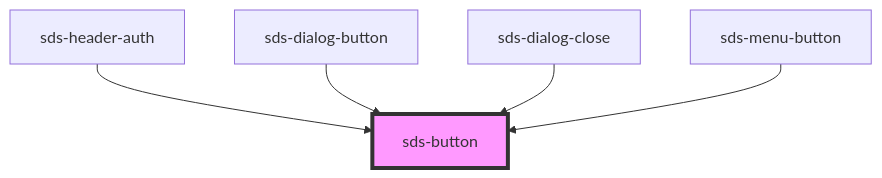
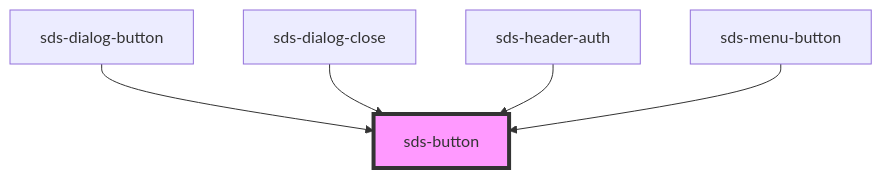
Before and after one commit to chodgesfigma/sds-mono: the diagram in packages/sds-web-components/src/ui/primitives/button/sds-button/readme.md, drawn with Mermaid. The commit also changed other lines of this file and 15 other files, not shown here.

Commit message:
feat: header/auth and other component adjustments

````diff
--- a/packages/sds-web-components/src/ui/primitives/button/sds-button/readme.md
+++ b/packages/sds-web-components/src/ui/primitives/button/sds-button/readme.md
@@ -28,8 +27,8 @@
 ```mermaid
 graph TD;
-  sds-header-auth --> sds-button
   sds-dialog-button --> sds-button
   sds-dialog-close --> sds-button
+  sds-header-auth --> sds-button
   sds-menu-button --> sds-button
   style sds-button fill:#f9f,stroke:#333,stroke-width:4px
 ```
````
